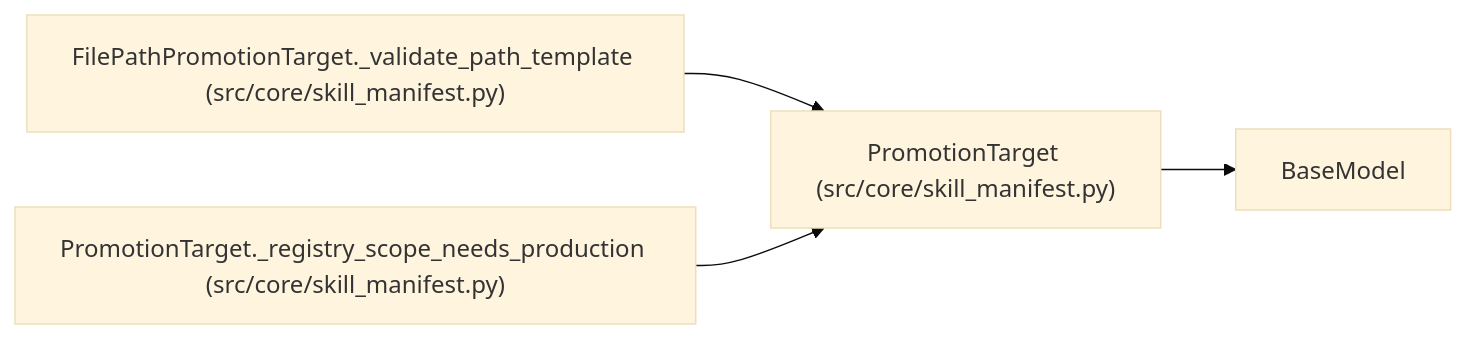
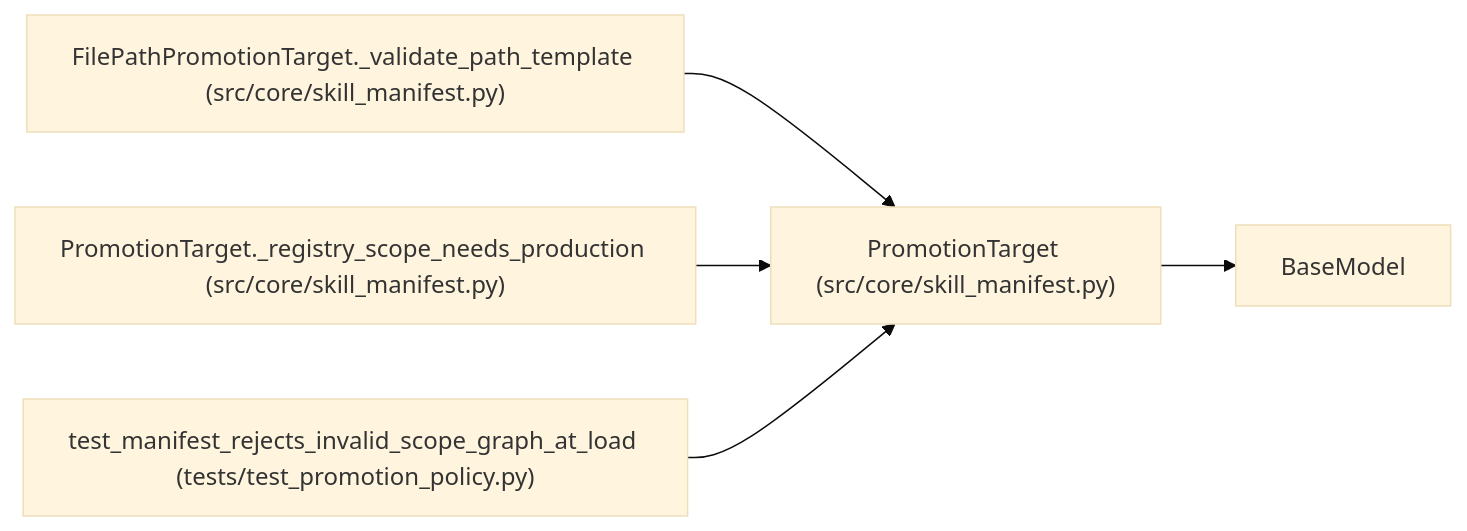
One commit to Denissvgn/autoresearch-agent changed the diagram in docs/llm_wiki/entities/skill_manifest_PromotionTarget.md. Above: the diagram before and after it, drawn with Mermaid (base theme). The commit also changed other lines of this file and 1033 other files, not shown here.

````diff
--- a/docs/llm_wiki/entities/skill_manifest_PromotionTarget.md
+++ b/docs/llm_wiki/entities/skill_manifest_PromotionTarget.md
@@ -43,13 +43,16 @@
 ```mermaid
 flowchart LR
     n0["PromotionTarget (src/core/skill_manifest.py)"]
     n1["BaseModel"]
     n2["FilePathPromotionTarget._validate_path_template (src/core/skill_manifest.py)"]
     n3["PromotionTarget._registry_scope_needs_production (src/core/skill_manifest.py)"]
+    n4["test_manifest_rejects_invalid_scope_graph_at_load (tests/test_promotion_policy.py)"]
     n0 --> n1
     n2 --> n0
     n3 --> n0
+    n4 --> n0
     click n0 "../modules/skill_manifest.md"
     click n2 "../modules/skill_manifest.md"
     click n3 "../modules/skill_manifest.md"
+    click n4 "../modules/test_promotion_policy.md"
 ```
````
